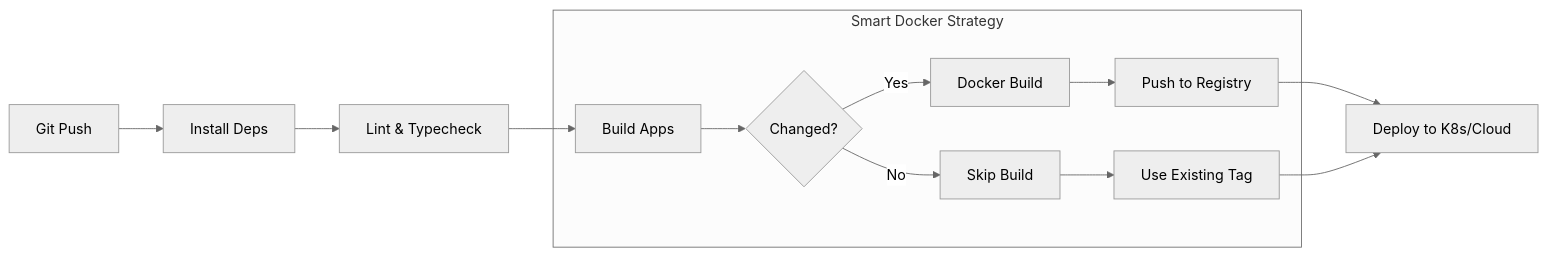
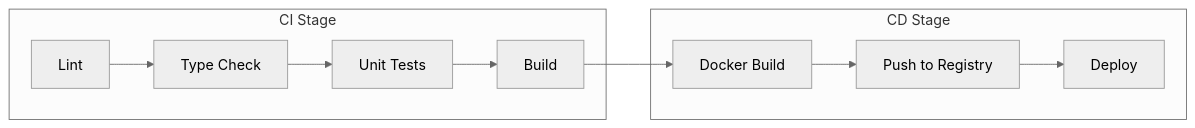
Before and after one commit to tian972k/micro-fontend-base: the fourth of 4 diagrams in docs/DEPLOYMENT.md, drawn with Mermaid (neutral theme). The commit also changed other lines of this file and 136 other files, not shown here.

````diff
--- a/docs/DEPLOYMENT.md
+++ b/docs/DEPLOYMENT.md
@@ -11,17 +233,18 @@
 ```mermaid
-graph LR
-    Push[Git Push] --> Install[Install Deps]
-    Install --> Lint[Lint & Typecheck]
-    Lint --> Build[Build Apps]
-
-    subgraph "Smart Docker Strategy"
-        Build --> Check{Changed?}
-        Check -->|Yes| Docker[Docker Build]
-        Check -->|No| Skip[Skip Build]
-        Docker --> PushImg[Push to Registry]
-        Skip --> UseCache[Use Existing Tag]
+flowchart LR
+    subgraph "CI Stage"
+        Lint["Lint"]
+        TypeCheck["Type Check"]
+        Test["Unit Tests"]
+        Build["Build"]
     end
 
-    PushImg --> Deploy[Deploy to K8s/Cloud]
-    UseCache --> Deploy
+    subgraph "CD Stage"
+        DockerBuild["Docker Build"]
+        Push["Push to Registry"]
+        Deploy["Deploy"]
+    end
+
+    Lint --> TypeCheck --> Test --> Build
+    Build --> DockerBuild --> Push --> Deploy
 ```
````
